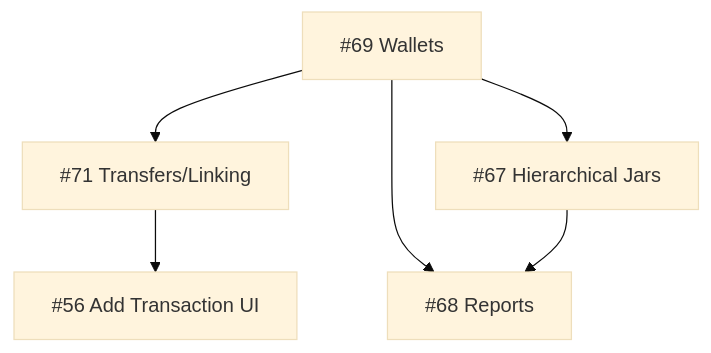
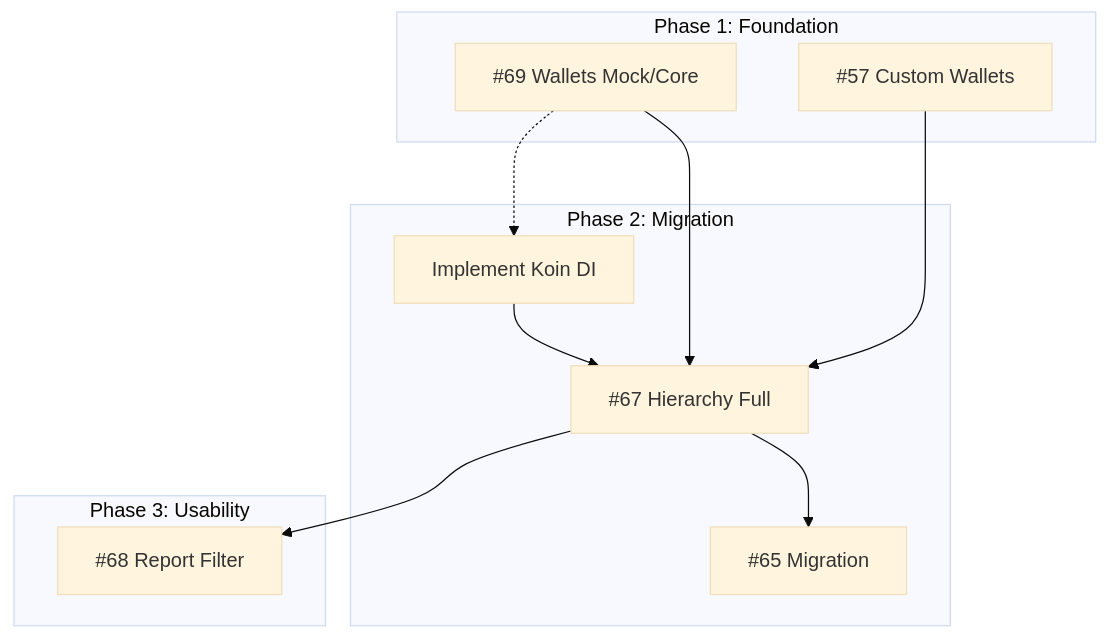
The diagram in docs/ROADMAP.md (oatrice/JarWise-Root), drawn with Mermaid (base theme) before and after one commit. The commit also changed other lines of this file and 3 other files, not shown here.

First line of the commit message:
📝 docs: Update roadmap with phased execution plan

````diff
--- a/docs/ROADMAP.md
+++ b/docs/ROADMAP.md
@@ -33,7 +35,24 @@
 ```mermaid
 graph TD
-    A[#69 Wallets] --> B[#71 Transfers/Linking]
-    B --> C[#56 Add Transaction UI]
-    A --> D[#67 Hierarchical Jars]
-    A & D --> E[#68 Reports]
+    subgraph Phase 1: Foundation
+        I69[#69 Wallets Mock/Core]
+        I57[#57 Custom Wallets]
+    end
+
+    subgraph Phase 2: Migration
+        KOIN[Implement Koin DI]
+        I67[#67 Hierarchy Full]
+        I65[#65 Migration]
+    end
+
+    subgraph Phase 3: Usability
+        I68[#68 Report Filter]
+    end
+
+    I69 --> I67
+    I57 --> I67
+    I69 -.-> KOIN
+    KOIN --> I67
+    I67 --> I65
+    I67 --> I68
 ```
````
